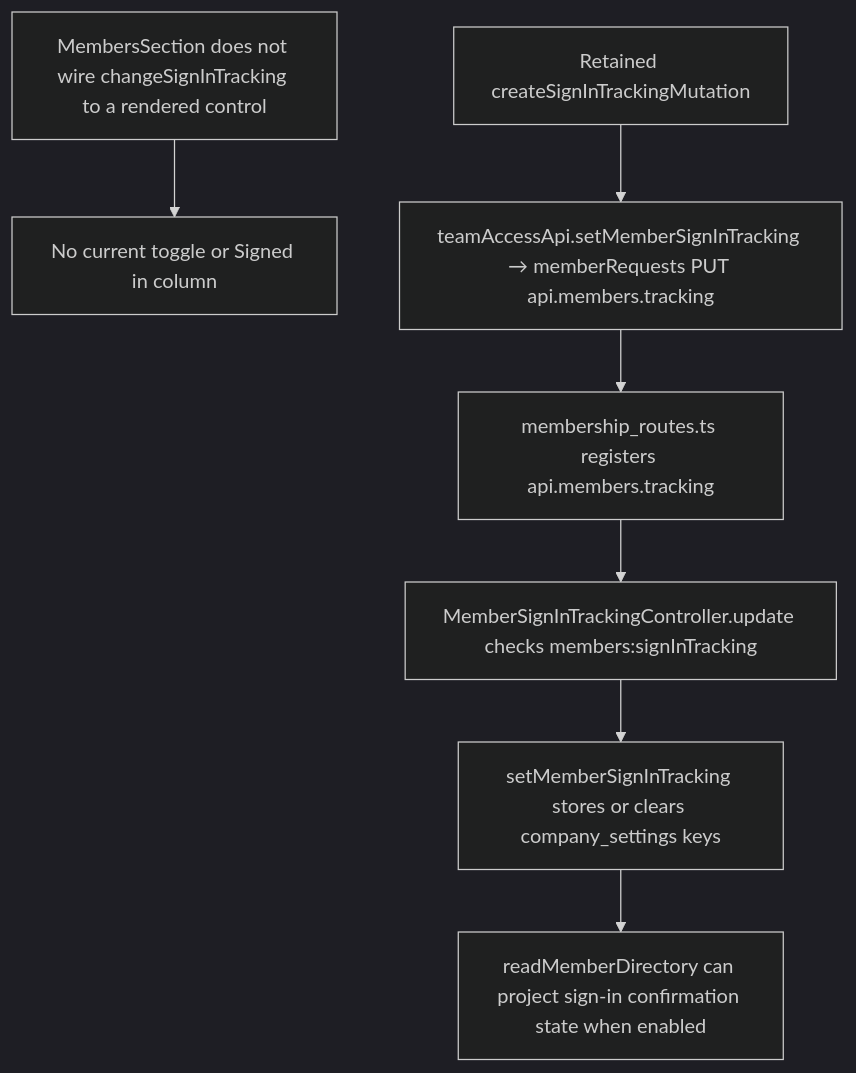
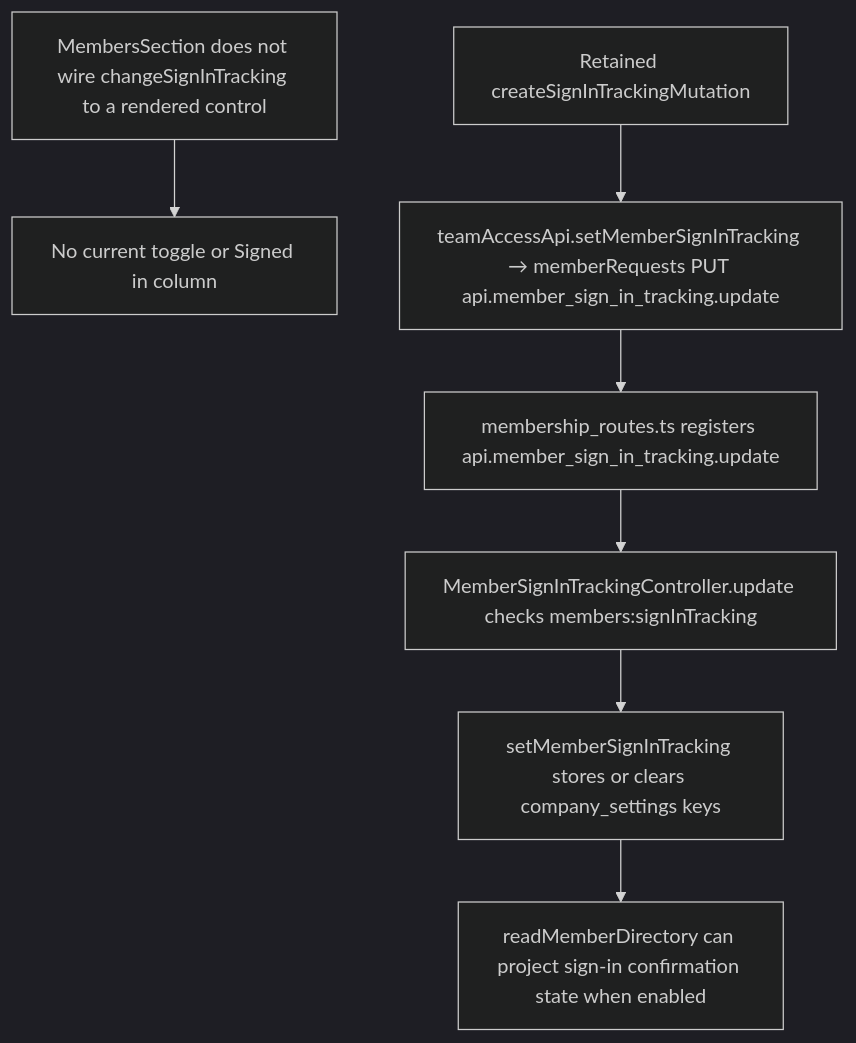
The second of 2 diagrams in user-stories/team/US-TEAM-11-sign-in-tracking.md (Kevinjohn/capacitylens), drawn with Mermaid (dark theme) before and after one commit. The commit also changed 153 other files, not shown here.

First line of the commit message:
Routes: one /api group with generated route names

````diff
--- a/user-stories/team/US-TEAM-11-sign-in-tracking.md
+++ b/user-stories/team/US-TEAM-11-sign-in-tracking.md
@@ -33,9 +33,9 @@
 ```mermaid
 flowchart TD
     Screen["MembersSection does not wire changeSignInTracking to a rendered control"] --> NoEntry["No current toggle or Signed in column"]
-    Hook["Retained createSignInTrackingMutation"] --> Client["teamAccessApi.setMemberSignInTracking → memberRequests PUT api.members.tracking"]
-    Client --> Route["membership_routes.ts registers api.members.tracking"]
+    Hook["Retained createSignInTrackingMutation"] --> Client["teamAccessApi.setMemberSignInTracking → memberRequests PUT api.member_sign_in_tracking.update"]
+    Client --> Route["membership_routes.ts registers api.member_sign_in_tracking.update"]
     Route --> Controller["MemberSignInTrackingController.update checks members:signInTracking"]
     Controller --> Service["setMemberSignInTracking stores or clears company_settings keys"]
     Service --> Directory["readMemberDirectory can project sign-in confirmation state when enabled"]
 ```
````
